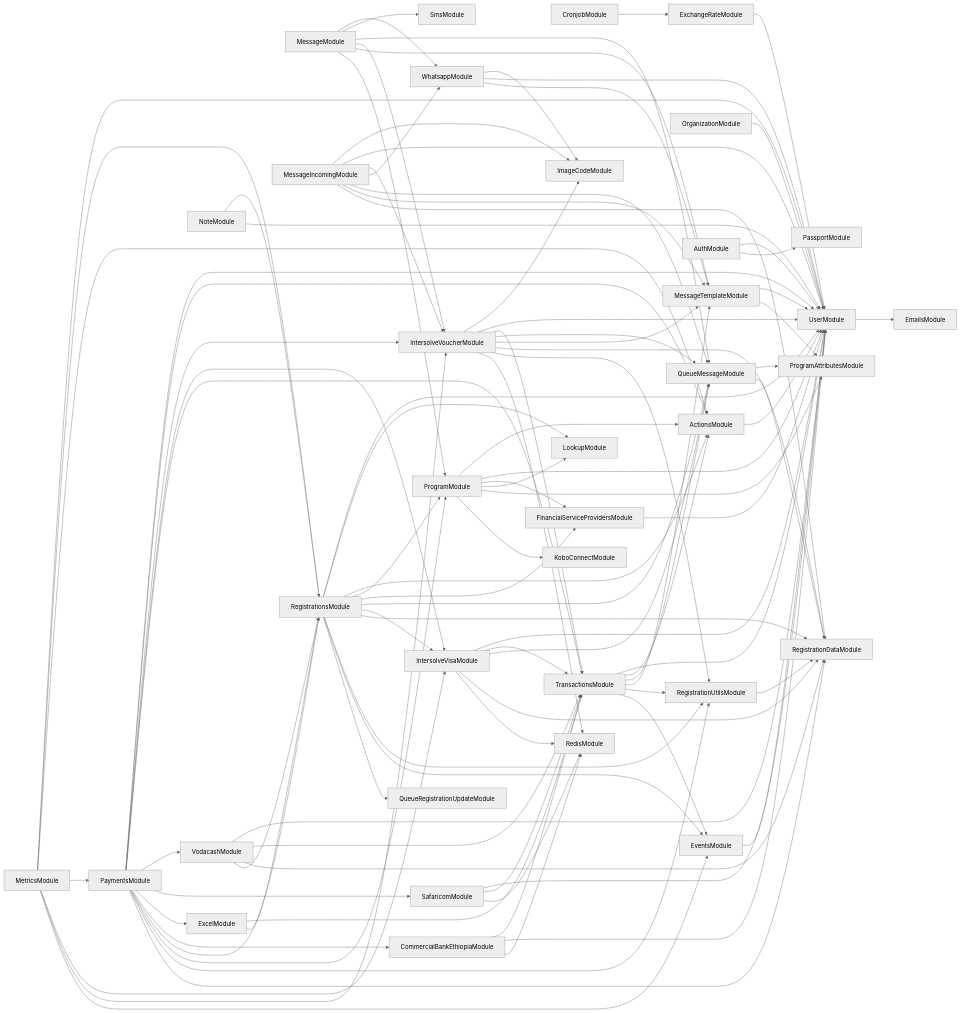
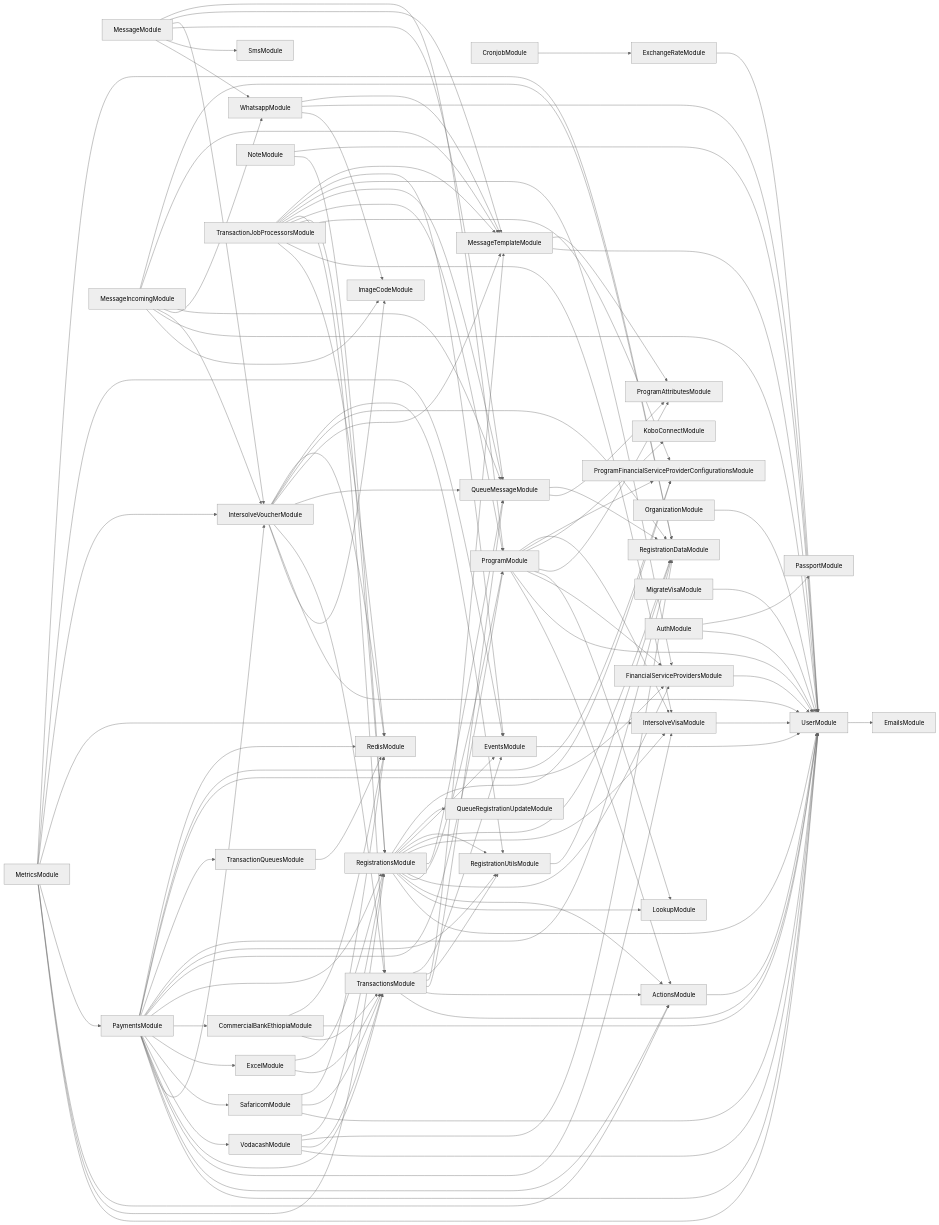
The diagram in services/121-service/module-dependencies.md (global-121/121-platform), drawn with Mermaid (neutral theme) before and after one commit. The commit also changed 246 other files, not shown here.

First line of the commit message:
Intersolve Visa Re-implementation

````diff
--- a/services/121-service/module-dependencies.md
+++ b/services/121-service/module-dependencies.md
@@ -15,6 +15,9 @@
   ProgramModule-->LookupModule
   ProgramModule-->ProgramAttributesModule
   ProgramModule-->KoboConnectModule
+  ProgramModule-->ProgramFinancialServiceProviderConfigurationsModule
+  ProgramModule-->IntersolveVisaModule
+  IntersolveVisaModule-->UserModule
   OrganizationModule-->UserModule
   MessageModule-->WhatsappModule
   WhatsappModule-->ImageCodeModule
@@ -52,15 +55,11 @@
   RegistrationsModule-->FinancialServiceProvidersModule
   RegistrationsModule-->QueueMessageModule
   RegistrationsModule-->IntersolveVisaModule
-  IntersolveVisaModule-->UserModule
-  IntersolveVisaModule-->TransactionsModule
-  IntersolveVisaModule-->QueueMessageModule
-  IntersolveVisaModule-->RegistrationDataModule
-  IntersolveVisaModule-->RedisModule
   RegistrationsModule-->RegistrationDataModule
   RegistrationsModule-->RegistrationUtilsModule
   RegistrationsModule-->EventsModule
   RegistrationsModule-->QueueRegistrationUpdateModule
+  RegistrationsModule-->ProgramFinancialServiceProviderConfigurationsModule
   MetricsModule-->ActionsModule
   MetricsModule-->PaymentsModule
   PaymentsModule-->UserModule
@@ -88,9 +87,16 @@
   PaymentsModule-->ProgramModule
   PaymentsModule-->RegistrationUtilsModule
   PaymentsModule-->RegistrationDataModule
+  PaymentsModule-->TransactionQueuesModule
+  TransactionQueuesModule-->RedisModule
+  PaymentsModule-->FinancialServiceProvidersModule
+  PaymentsModule-->ProgramFinancialServiceProviderConfigurationsModule
+  PaymentsModule-->RedisModule
   MetricsModule-->IntersolveVisaModule
   MetricsModule-->IntersolveVoucherModule
   MetricsModule-->EventsModule
+  MetricsModule-->RegistrationDataModule
+  MigrateVisaModule-->UserModule
   MessageIncomingModule-->ImageCodeModule
   MessageIncomingModule-->UserModule
   MessageIncomingModule-->IntersolveVoucherModule
@@ -102,4 +108,14 @@
   NoteModule-->UserModule
   AuthModule-->UserModule
   AuthModule-->PassportModule
+  TransactionJobProcessorsModule-->RedisModule
+  TransactionJobProcessorsModule-->IntersolveVisaModule
+  TransactionJobProcessorsModule-->ProgramFinancialServiceProviderConfigurationsModule
+  TransactionJobProcessorsModule-->RegistrationsModule
+  TransactionJobProcessorsModule-->ProgramModule
+  TransactionJobProcessorsModule-->TransactionsModule
+  TransactionJobProcessorsModule-->QueueMessageModule
+  TransactionJobProcessorsModule-->FinancialServiceProvidersModule
+  TransactionJobProcessorsModule-->EventsModule
+  TransactionJobProcessorsModule-->MessageTemplateModule
 ```
````
